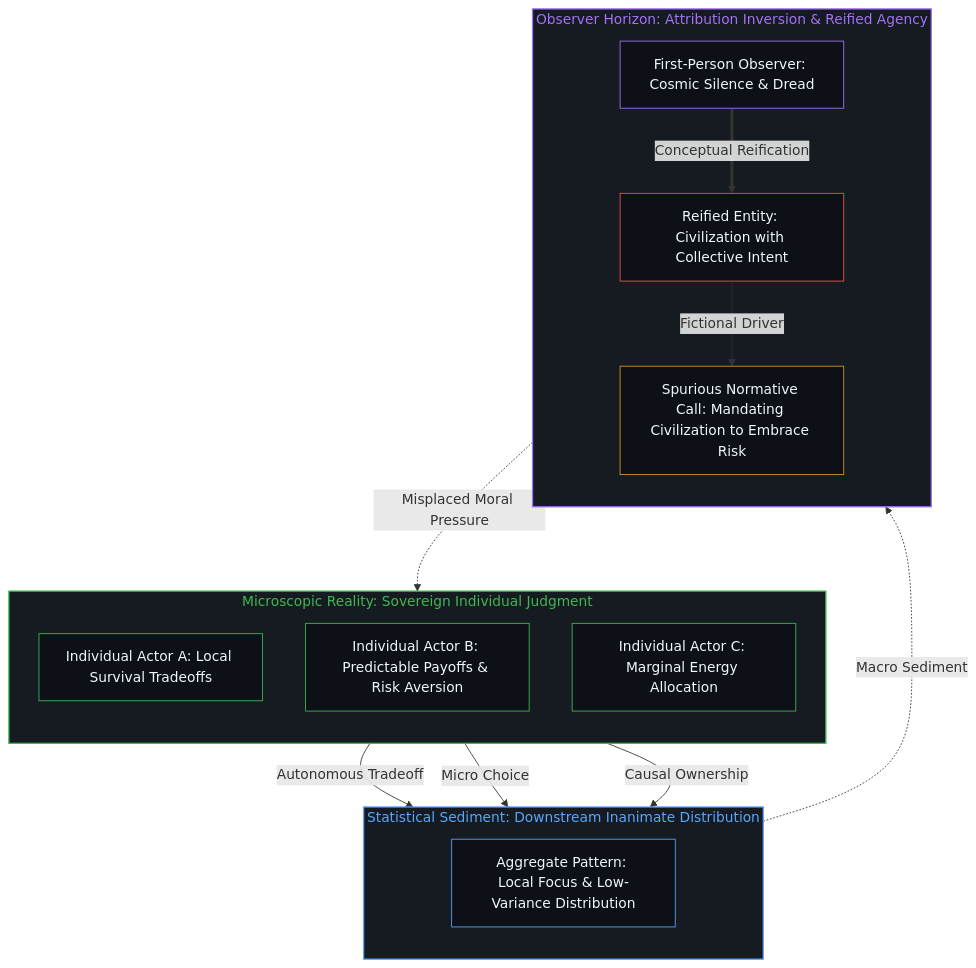
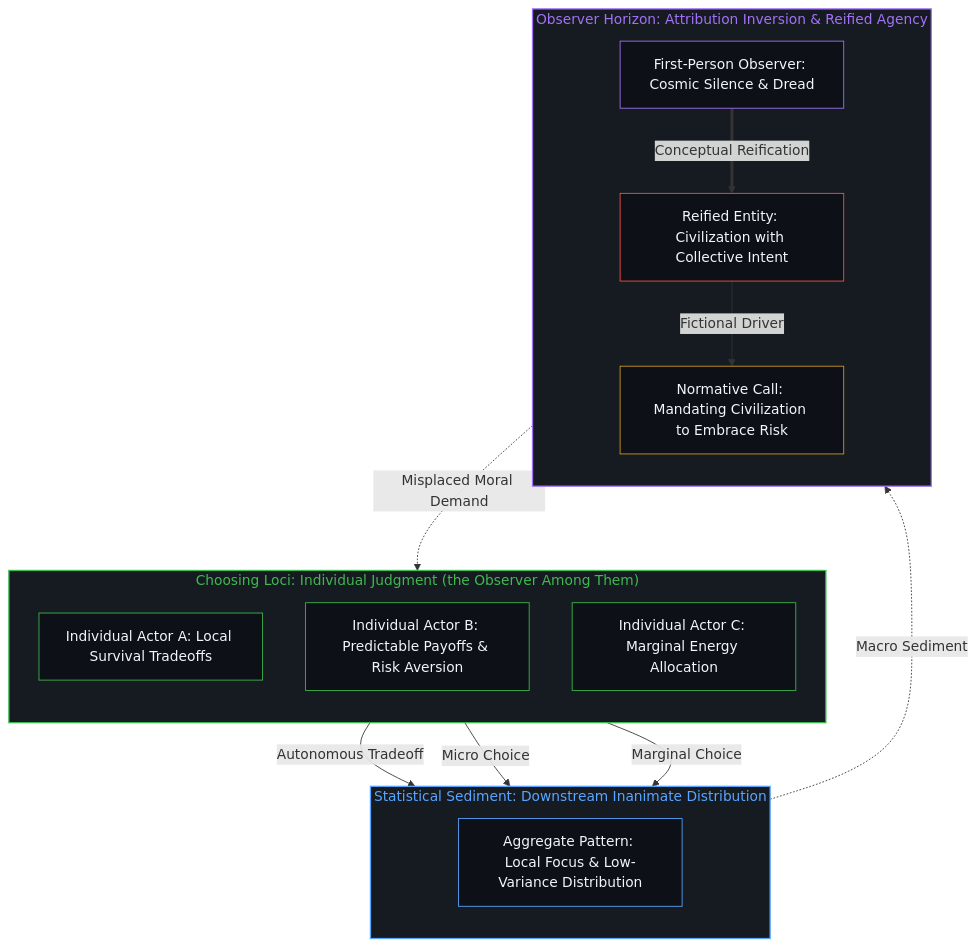
Before and after one commit to powerpig99/not-a-toe: the second of 6 diagrams in content/posts/the-fermi-paradox-reified-agency-and-the-great-filter.md, drawn with Mermaid. The commit also changed other lines of this file and 1 other file, not shown here.

````diff
--- a/content/posts/the-fermi-paradox-reified-agency-and-the-great-filter.md
+++ b/content/posts/the-fermi-paradox-reified-agency-and-the-great-filter.md
@@ -66,42 +66,42 @@
 ```mermaid
 flowchart TD
-    subgraph S_Micro ["Microscopic Reality: Sovereign Individual Judgment"]
+    subgraph S_Micro ["Choosing Loci: Individual Judgment (the Observer Among Them)"]
         direction TB
         I1["Individual Actor A: Local Survival Tradeoffs"]
         I2["Individual Actor B: Predictable Payoffs & Risk Aversion"]
         I3["Individual Actor C: Marginal Energy Allocation"]
     end
 
     subgraph S_Macro ["Statistical Sediment: Downstream Inanimate Distribution"]
         direction TB
         AD["Aggregate Pattern: Local Focus & Low-Variance Distribution"]
     end
 
     subgraph S_Observer ["Observer Horizon: Attribution Inversion & Reified Agency"]
         direction TB
         OBS["First-Person Observer: Cosmic Silence & Dread"]
         GHOST["Reified Entity: Civilization with Collective Intent"]
-        REQ["Spurious Normative Call: Mandating Civilization to Embrace Risk"]
+        REQ["Normative Call: Mandating Civilization to Embrace Risk"]
     end
 
     I1 -->|"Autonomous Tradeoff"| AD
     I2 -->|"Micro Choice"| AD
-    I3 -->|"Causal Ownership"| AD
+    I3 -->|"Marginal Choice"| AD
 
     AD -.->|"Macro Sediment"| OBS
     OBS ==>|"Conceptual Reification"| GHOST
     GHOST -->|"Fictional Driver"| REQ
-    REQ -.->|"Misplaced Moral Pressure"| S_Micro
+    REQ -.->|"Misplaced Moral Demand"| S_Micro
 
     style S_Micro fill:#161b22,stroke:#3fb950,stroke-width:1.5px,color:#3fb950
     style S_Macro fill:#161b22,stroke:#58a6ff,stroke-width:1.5px,color:#58a6ff
     style S_Observer fill:#161b22,stroke:#a371f7,stroke-width:1.5px,color:#a371f7
 
     style I1 fill:#0d1117,stroke:#3fb950,stroke-width:1px,color:#f0f6fc
     style I2 fill:#0d1117,stroke:#3fb950,stroke-width:1px,color:#f0f6fc
     style I3 fill:#0d1117,stroke:#3fb950,stroke-width:1px,color:#f0f6fc
     style AD fill:#0d1117,stroke:#58a6ff,stroke-width:1px,color:#f0f6fc
     style OBS fill:#0d1117,stroke:#a371f7,stroke-width:1px,color:#f0f6fc
     style GHOST fill:#0d1117,stroke:#f85149,stroke-width:1px,color:#f0f6fc
     style REQ fill:#0d1117,stroke:#d29922,stroke-width:1px,color:#f0f6fc
 ```
````
